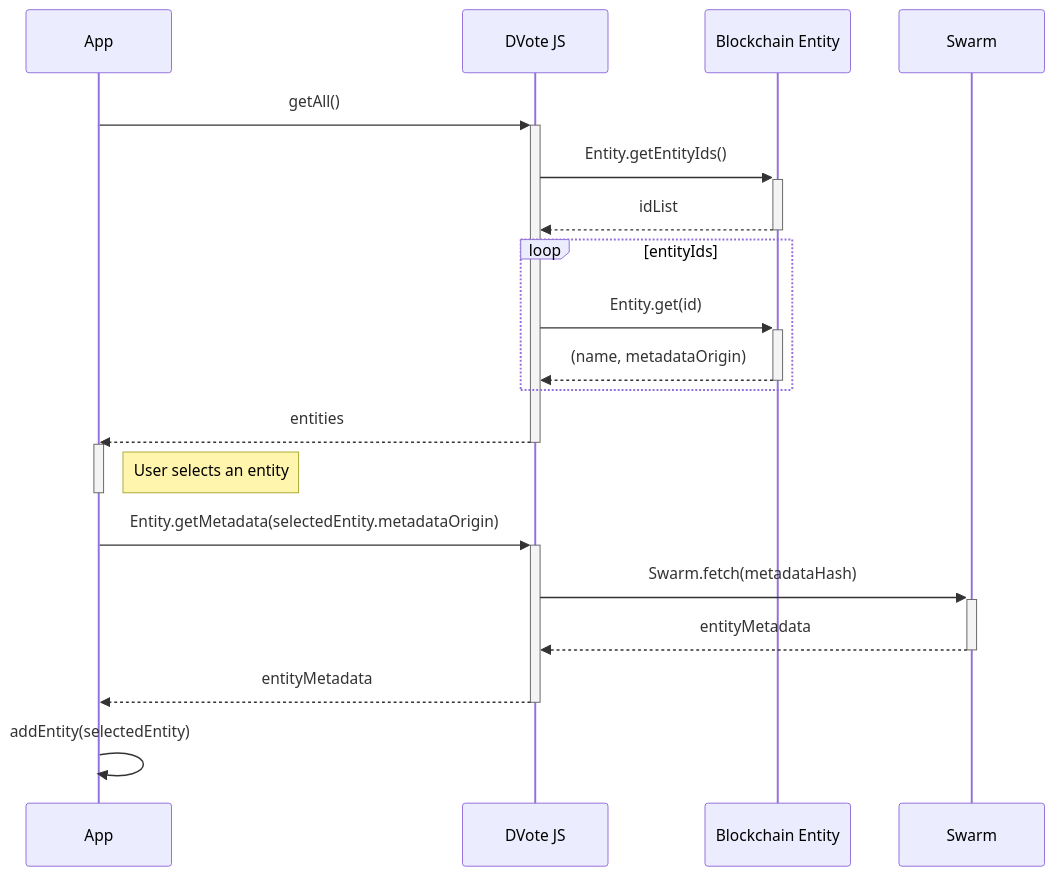
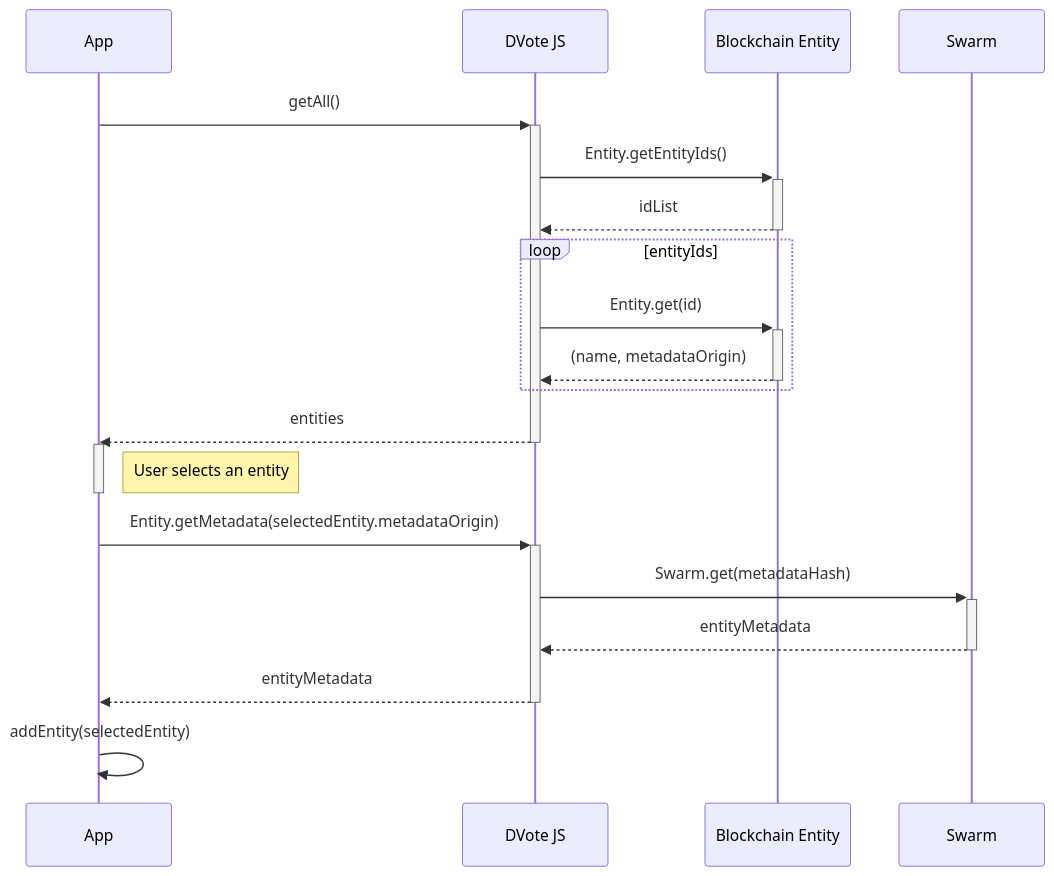
Before and after one commit to vocdoni/docs: the fourth of 7 diagrams in docs/protocol/sequence-diagrams.md, drawn with Mermaid. The commit also changed other lines of this file and 8 other files, not shown here.

````diff
--- a/docs/protocol/sequence-diagrams.md
+++ b/docs/protocol/sequence-diagrams.md
@@ -63,30 +63,30 @@
 ```mermaid
 sequenceDiagram
     participant App
     participant DV as DVote JS
     participant BE as Blockchain Entity
     participant S as Swarm
 
     App->>+DV: getAll()
 
         DV->>+BE: Entity.getEntityIds()
         BE-->>-DV: idList
 
         loop entityIds
             DV->>+BE: Entity.get(id)
             BE-->>-DV: (name, metadataOrigin)
         end
 
     DV-->>-App: entities
 
     activate App
         Note right of App: User selects an entity
     deactivate App
 
     App->>+DV: Entity.getMetadata(selectedEntity.metadataOrigin)
-        DV->>+S: Swarm.fetch(metadataHash)
+        DV->>+S: Swarm.get(metadataHash)
         S-->>-DV: entityMetadata
     DV-->>-App: entityMetadata
 
     App->>App: addEntity(selectedEntity)
 ```
````
